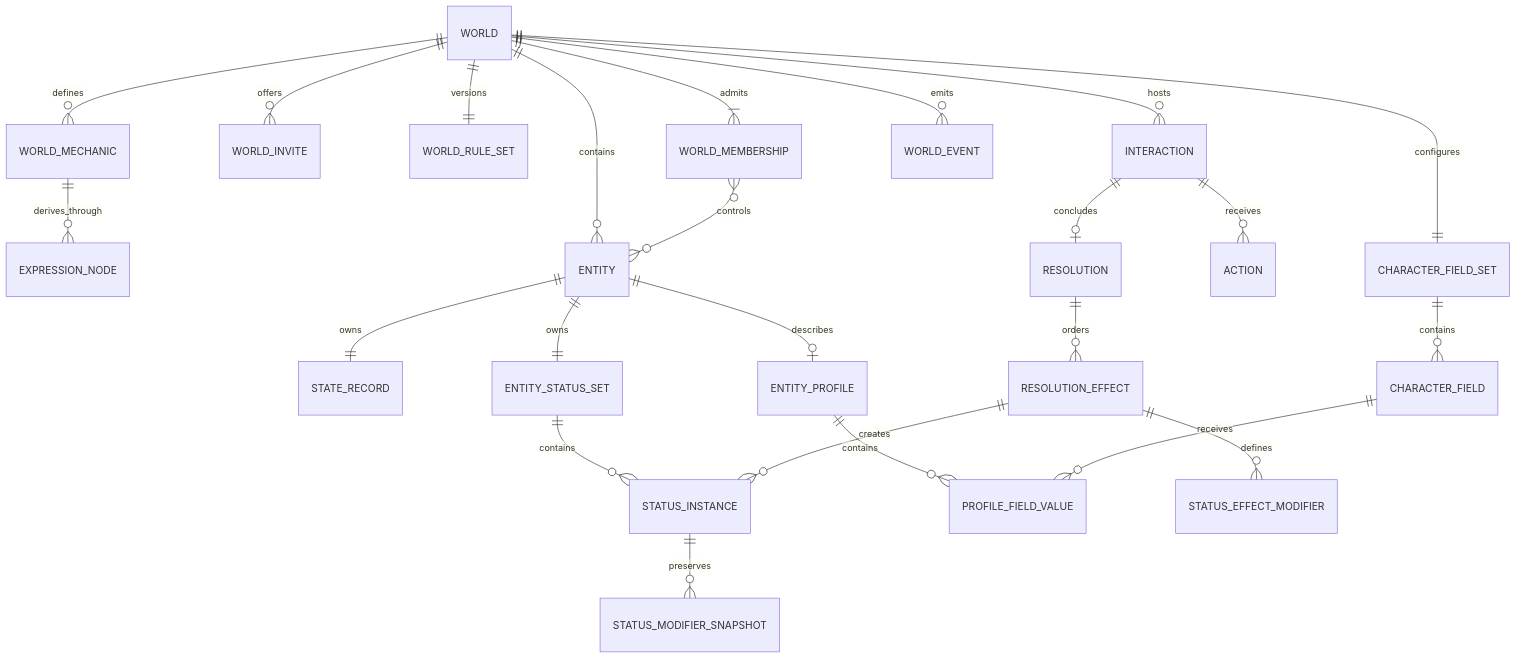
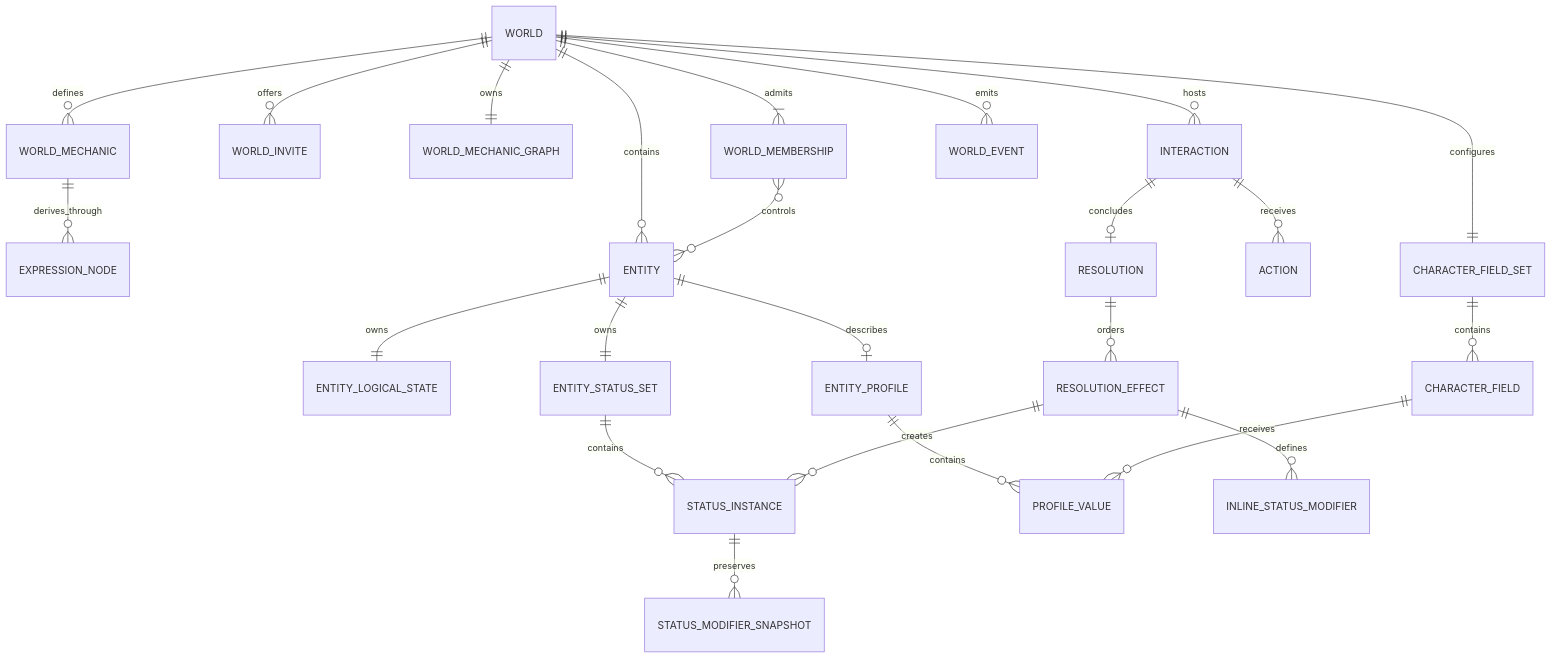
The first of 2 diagrams in docs/domain-model.md (JTan2231/gezerah), drawn with Mermaid before and after one commit. The commit also changed other lines of this file and 141 other files, not shown here.

````diff
--- a/docs/domain-model.md
+++ b/docs/domain-model.md
@@ -10,26 +10,26 @@
 ```mermaid
 erDiagram
     WORLD ||--|{ WORLD_MEMBERSHIP : admits
     WORLD ||--o{ WORLD_INVITE : offers
-    WORLD ||--|| WORLD_RULE_SET : versions
+    WORLD ||--|| WORLD_MECHANIC_GRAPH : owns
     WORLD ||--o{ WORLD_MECHANIC : defines
     WORLD_MECHANIC ||--o{ EXPRESSION_NODE : derives_through
     WORLD ||--o{ ENTITY : contains
     WORLD ||--|| CHARACTER_FIELD_SET : configures
-    ENTITY ||--|| STATE_RECORD : owns
+    ENTITY ||--|| ENTITY_LOGICAL_STATE : owns
     ENTITY ||--|| ENTITY_STATUS_SET : owns
     ENTITY_STATUS_SET ||--o{ STATUS_INSTANCE : contains
     STATUS_INSTANCE ||--o{ STATUS_MODIFIER_SNAPSHOT : preserves
     ENTITY ||--o| ENTITY_PROFILE : describes
-    ENTITY_PROFILE ||--o{ PROFILE_FIELD_VALUE : contains
+    ENTITY_PROFILE ||--o{ PROFILE_VALUE : contains
     CHARACTER_FIELD_SET ||--o{ CHARACTER_FIELD : contains
-    CHARACTER_FIELD ||--o{ PROFILE_FIELD_VALUE : receives
+    CHARACTER_FIELD ||--o{ PROFILE_VALUE : receives
     WORLD_MEMBERSHIP }o--o{ ENTITY : controls
     WORLD ||--o{ INTERACTION : hosts
     INTERACTION ||--o{ ACTION : receives
     INTERACTION ||--o| RESOLUTION : concludes
     RESOLUTION ||--o{ RESOLUTION_EFFECT : orders
-    RESOLUTION_EFFECT ||--o{ STATUS_EFFECT_MODIFIER : defines
+    RESOLUTION_EFFECT ||--o{ INLINE_STATUS_MODIFIER : defines
     RESOLUTION_EFFECT ||--o{ STATUS_INSTANCE : creates
     WORLD ||--o{ WORLD_EVENT : emits
 ```
````
